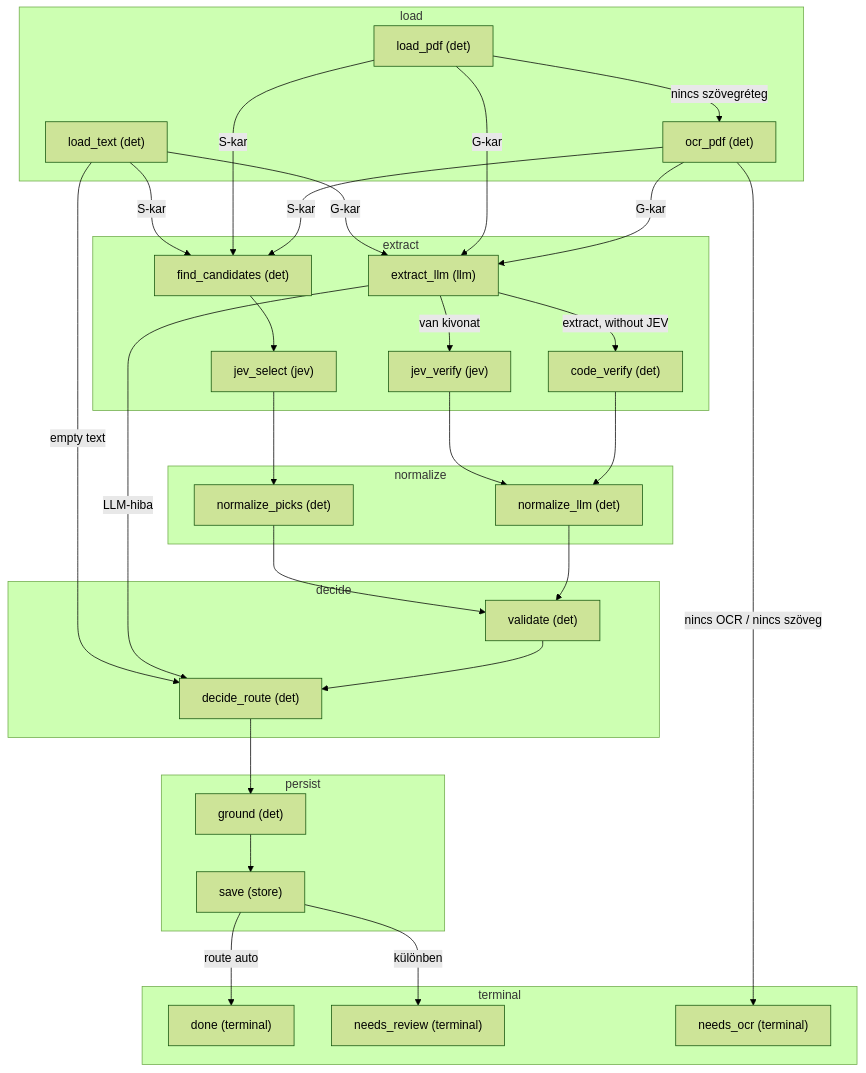
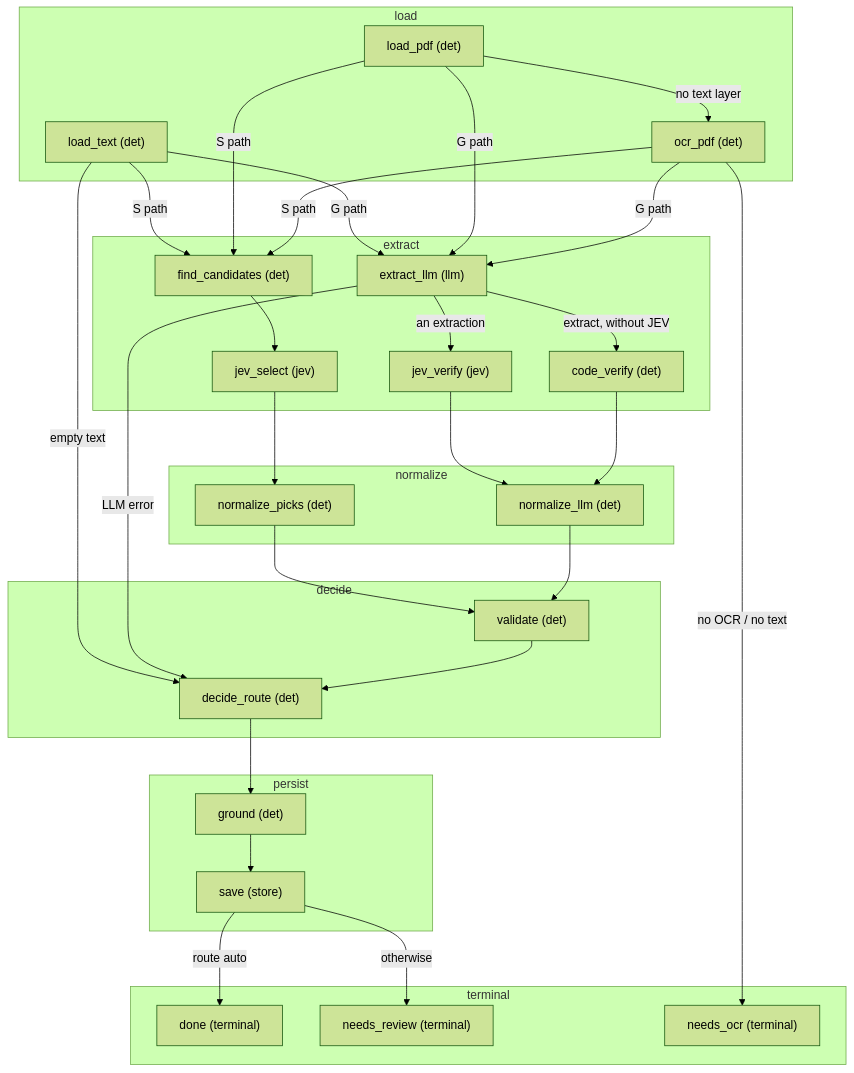
The diagram in docs/flows/invoice/FLOW.mmd (kassaiattila/58_JEV_AI), drawn with Mermaid (forest theme) before and after one commit. The commit also changed 120 other files, not shown here.

```diff
--- a/docs/flows/invoice/FLOW.mmd
+++ b/docs/flows/invoice/FLOW.mmd
@@ -1,53 +1,53 @@
 flowchart TD
   subgraph ph_load["load"]
     load_pdf["load_pdf (det)"]
     ocr_pdf["ocr_pdf (det)"]
     load_text["load_text (det)"]
   end
   subgraph ph_extract["extract"]
     find_candidates["find_candidates (det)"]
     jev_select["jev_select (jev)"]
     extract_llm["extract_llm (llm)"]
     jev_verify["jev_verify (jev)"]
     code_verify["code_verify (det)"]
   end
   subgraph ph_normalize["normalize"]
     normalize_picks["normalize_picks (det)"]
     normalize_llm["normalize_llm (det)"]
   end
   subgraph ph_decide["decide"]
     validate["validate (det)"]
     decide_route["decide_route (det)"]
   end
   subgraph ph_persist["persist"]
     ground["ground (det)"]
     save["save (store)"]
   end
   subgraph ph_terminal["terminal"]
     done["done (terminal)"]
     needs_review["needs_review (terminal)"]
     needs_ocr["needs_ocr (terminal)"]
   end
   load_text -->|empty text| decide_route
-  load_text -->|S-kar| find_candidates
-  load_text -->|G-kar| extract_llm
-  load_pdf -->|nincs szövegréteg| ocr_pdf
-  load_pdf -->|S-kar| find_candidates
-  load_pdf -->|G-kar| extract_llm
-  ocr_pdf -->|nincs OCR / nincs szöveg| needs_ocr
-  ocr_pdf -->|S-kar| find_candidates
-  ocr_pdf -->|G-kar| extract_llm
+  load_text -->|S path| find_candidates
+  load_text -->|G path| extract_llm
+  load_pdf -->|no text layer| ocr_pdf
+  load_pdf -->|S path| find_candidates
+  load_pdf -->|G path| extract_llm
+  ocr_pdf -->|no OCR / no text| needs_ocr
+  ocr_pdf -->|S path| find_candidates
+  ocr_pdf -->|G path| extract_llm
   find_candidates --> jev_select
   jev_select --> normalize_picks
   normalize_picks --> validate
   extract_llm -->|extract, without JEV| code_verify
-  extract_llm -->|van kivonat| jev_verify
-  extract_llm -->|LLM-hiba| decide_route
+  extract_llm -->|an extraction| jev_verify
+  extract_llm -->|LLM error| decide_route
   jev_verify --> normalize_llm
   code_verify --> normalize_llm
   normalize_llm --> validate
   validate --> decide_route
   decide_route --> ground
   ground --> save
   save -->|route auto| done
-  save -->|különben| needs_review
+  save -->|otherwise| needs_review
```
